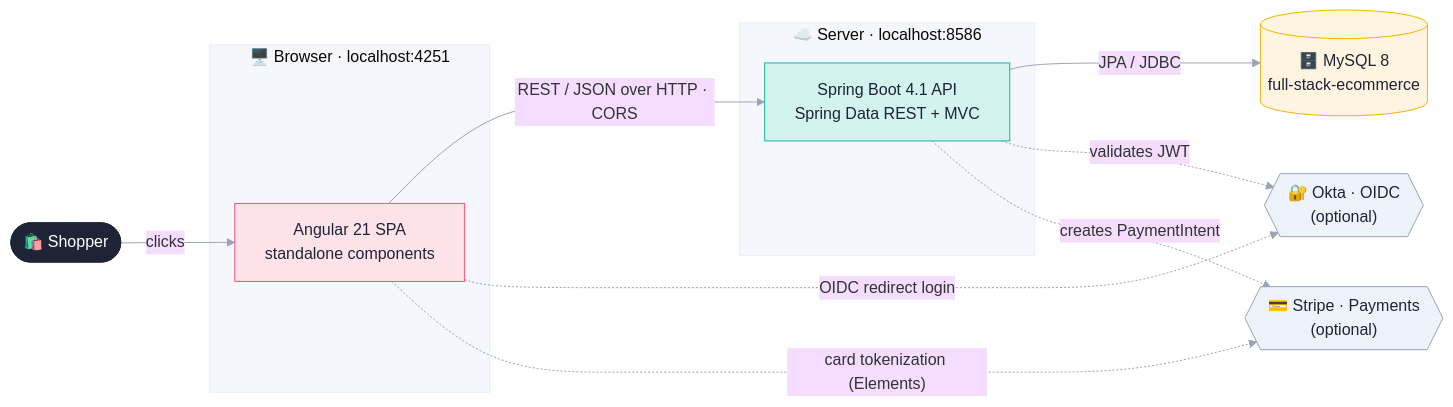
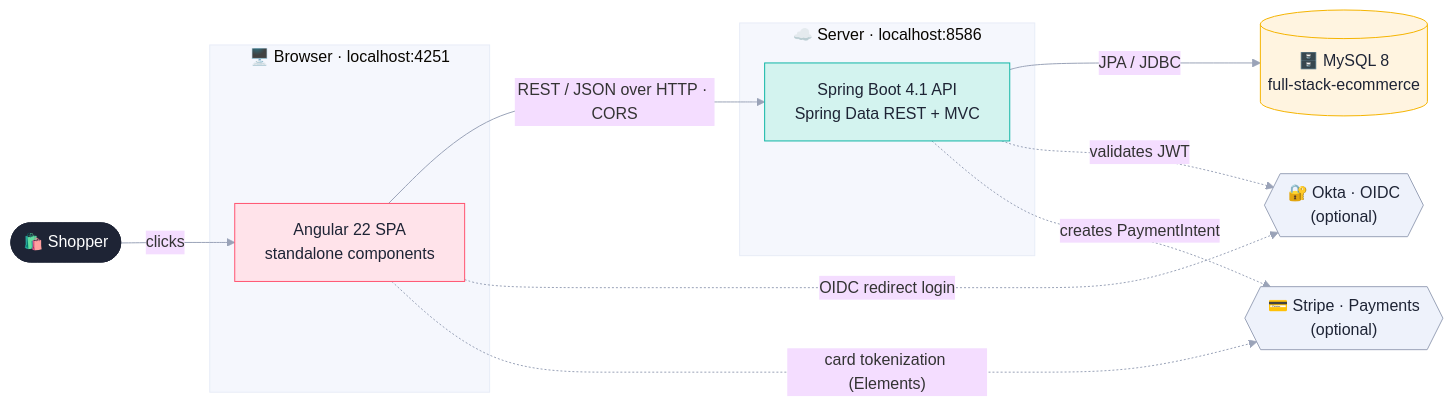
Before and after one commit to bbobbylon/AngularECommerceApp: the first of 6 diagrams in docs/ARCHITECTURE.md, drawn with Mermaid. The commit also changed other lines of this file and 60 other files, not shown here.

````diff
--- a/docs/ARCHITECTURE.md
+++ b/docs/ARCHITECTURE.md
@@ -24,31 +24,31 @@
 ```mermaid
 %%{init: {'theme':'base','themeVariables':{'fontFamily':'DM Sans, system-ui, sans-serif','lineColor':'#9aa3b8','clusterBkg':'#f5f7fd','clusterBorder':'#e7ecf7','clusterTextColor':'#1e2435'}}}%%
 flowchart LR
   user([🛍️  Shopper]):::user
 
   subgraph Browser["🖥️  Browser · localhost:4251"]
-    spa["Angular 21 SPA<br/>standalone components"]:::fe
+    spa["Angular 22 SPA<br/>standalone components"]:::fe
   end
 
   subgraph Cloud["☁️  Server · localhost:8586"]
     api["Spring Boot 4.1 API<br/>Spring Data REST + MVC"]:::be
   end
 
   db[("🗄️  MySQL 8<br/>full-stack-ecommerce")]:::db
   okta{{"🔐  Okta · OIDC<br/>(optional)"}}:::ext
   stripe{{"💳  Stripe · Payments<br/>(optional)"}}:::ext
 
   user -->|clicks| spa
   spa -->|"REST / JSON over HTTP · CORS"| api
   api -->|"JPA / JDBC"| db
   spa -.->|"OIDC redirect login"| okta
   api -.->|"validates JWT"| okta
   spa -.->|"card tokenization (Elements)"| stripe
   api -.->|"creates PaymentIntent"| stripe
 
   classDef user fill:#1e2435,stroke:#1e2435,color:#ffffff;
   classDef fe fill:#ffe3ea,stroke:#ff5470,color:#1e2435;
   classDef be fill:#d3f3ef,stroke:#10b6a6,color:#1e2435;
   classDef db fill:#fff4e0,stroke:#f5b400,color:#1e2435;
   classDef ext fill:#eef2fb,stroke:#9aa3b8,color:#1e2435;
 ```
````
